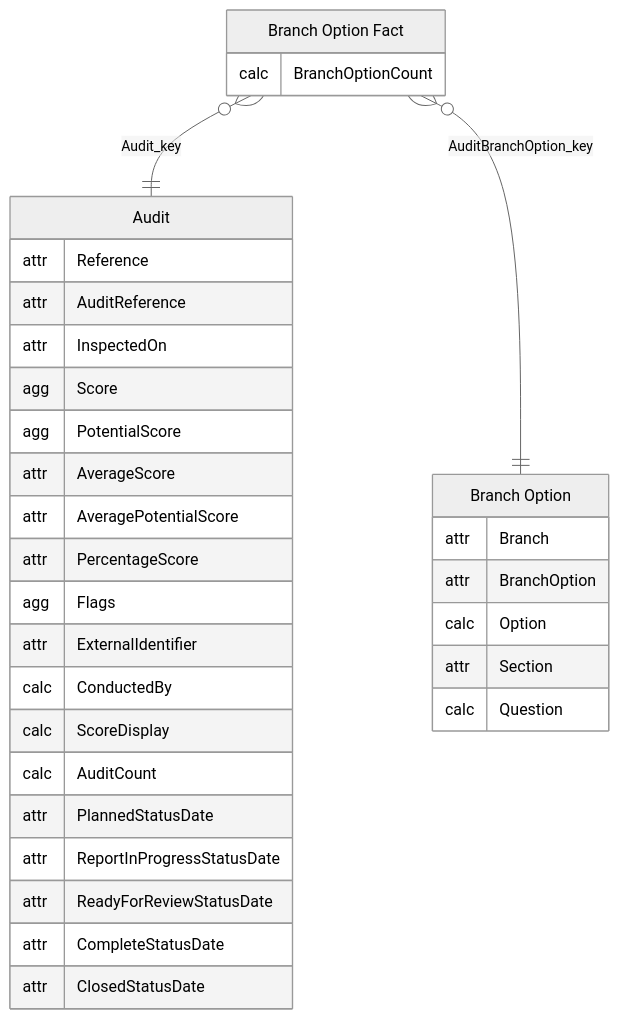
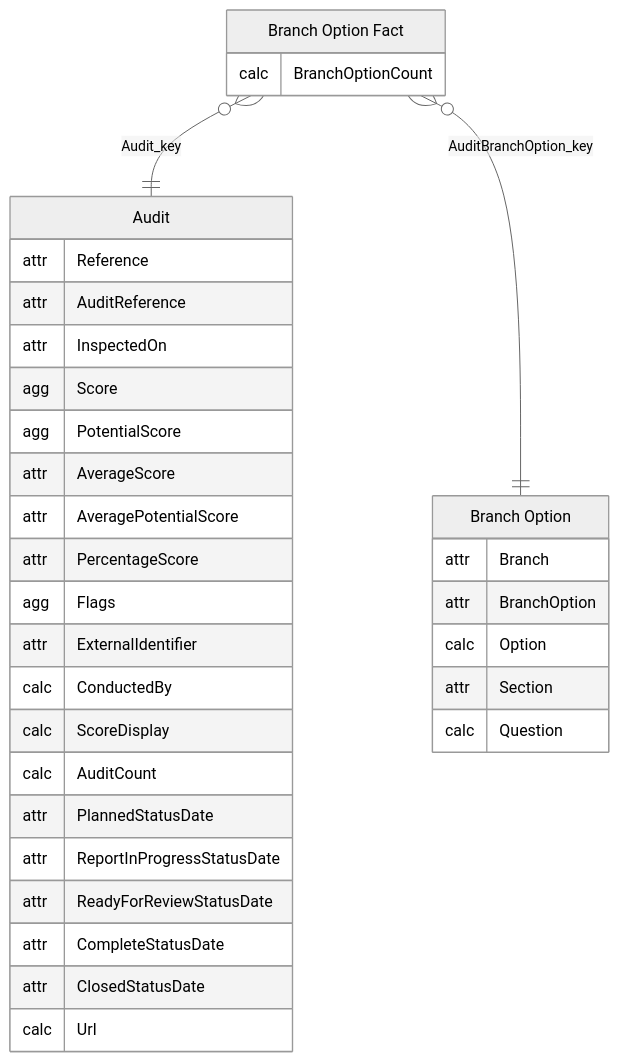
The ninth of 11 diagrams in PowerBISamplesModels/Audits.md (work-wallet/BIClient), drawn with Mermaid before and after one commit. The commit also changed other lines of this file and 816 other files, not shown here.

````diff
--- a/PowerBISamplesModels/Audits.md
+++ b/PowerBISamplesModels/Audits.md
@@ -425,39 +442,40 @@
 ```mermaid
 ---
 config:
   theme: neutral
 ---
 erDiagram
     "Audit" {
         attr Reference
         attr AuditReference
         attr InspectedOn
         agg Score
         agg PotentialScore
         attr AverageScore
         attr AveragePotentialScore
         attr PercentageScore
         agg Flags
         attr ExternalIdentifier
         calc ConductedBy
         calc ScoreDisplay
         calc AuditCount
         attr PlannedStatusDate
         attr ReportInProgressStatusDate
         attr ReadyForReviewStatusDate
         attr CompleteStatusDate
         attr ClosedStatusDate
+        calc Url
     }
     "Branch Option Fact" {
         calc BranchOptionCount
     }
     "Branch Option" {
         attr Branch
         attr BranchOption
         calc Option
         attr Section
         calc Question
     }
     "Branch Option Fact" }o--|| "Audit" : "Audit_key"
     "Branch Option Fact" }o--|| "Branch Option" : "AuditBranchOption_key"
 ```
````
